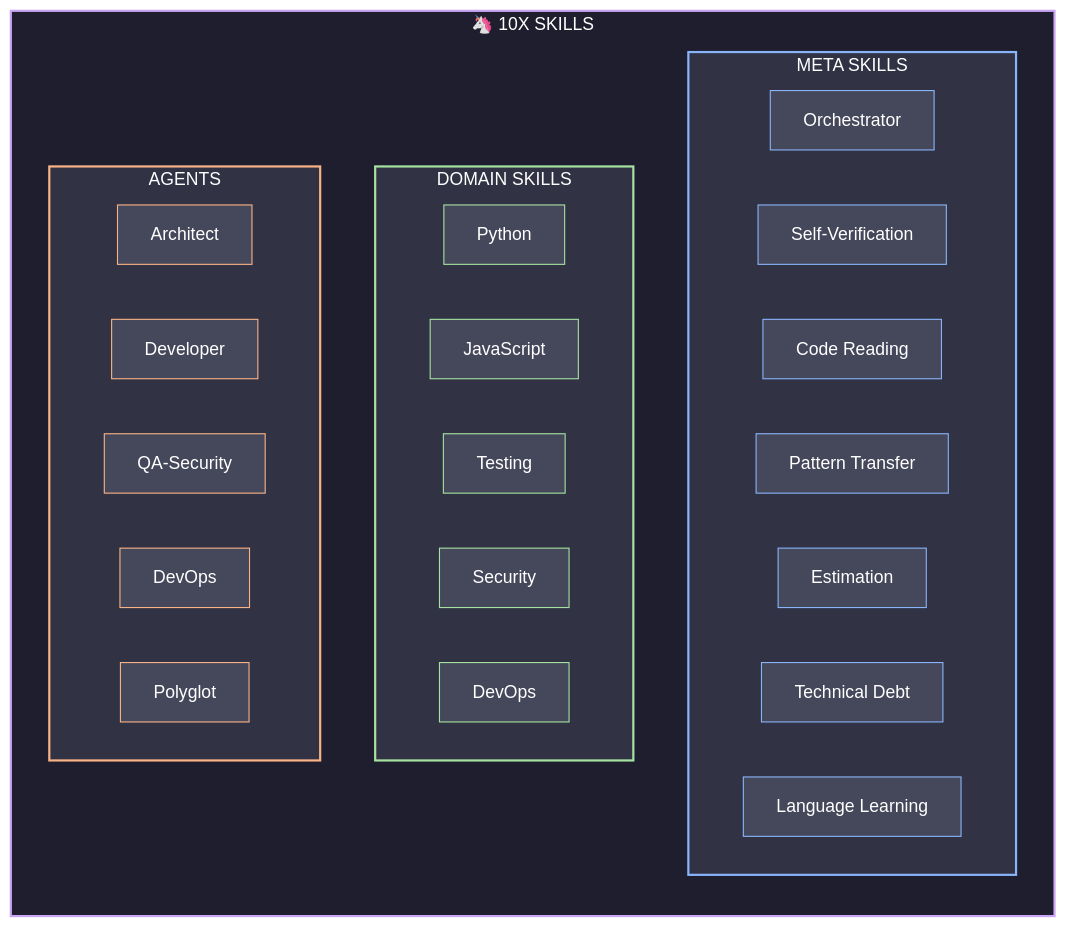
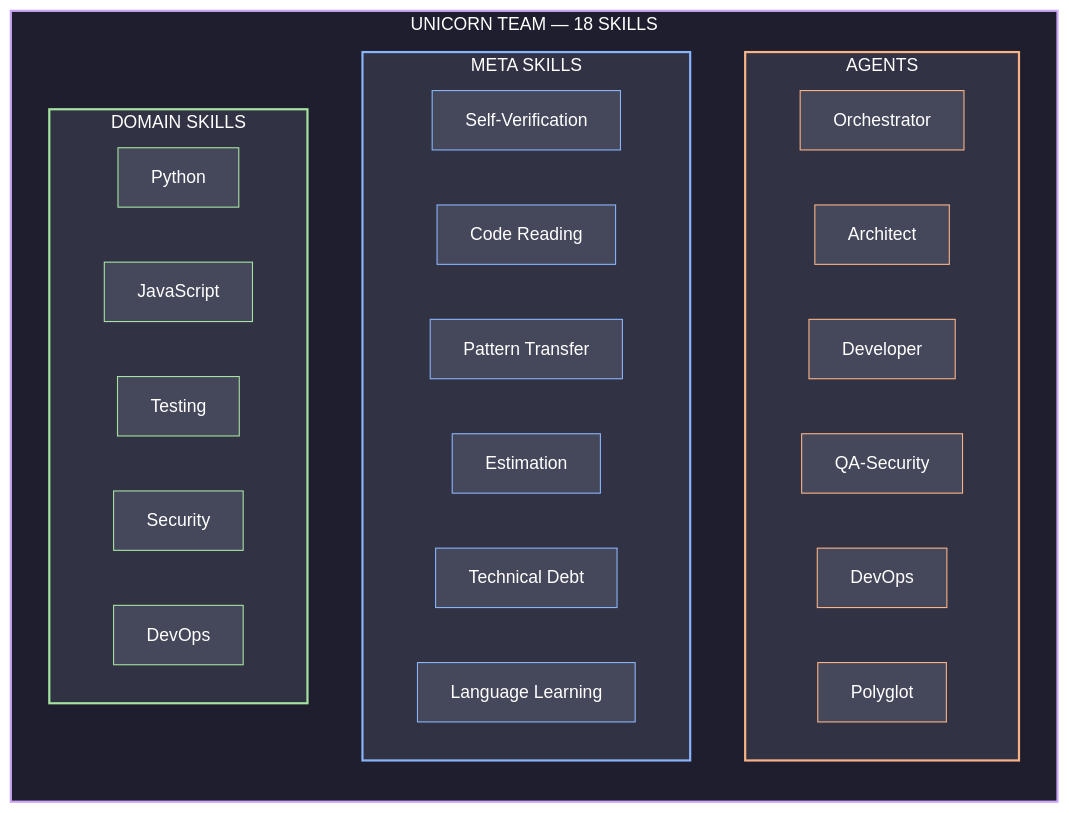
Before and after one commit to LocalAI/unicorn-team: the third of 6 diagrams in README.md, drawn with Mermaid. The commit also changed other lines of this file, not shown here.

First line of the commit message:
docs(readme): Complete rewrite reflecting current architecture

````diff
--- a/README.md
+++ b/README.md
@@ -176,54 +154,54 @@
 ```mermaid
 flowchart TB
-    subgraph root["🦄 10X SKILLS"]
+    subgraph root["UNICORN TEAM — 18 SKILLS"]
         direction TB
+        subgraph agents["AGENTS"]
+            A1["Orchestrator"]
+            A2["Architect"]
+            A3["Developer"]
+            A4["QA-Security"]
+            A5["DevOps"]
+            A6["Polyglot"]
+        end
         subgraph meta["META SKILLS"]
-            M1[Orchestrator]
-            M2[Self-Verification]
-            M3[Code Reading]
-            M4[Pattern Transfer]
-            M5[Estimation]
-            M6[Technical Debt]
-            M7[Language Learning]
+            M1["Self-Verification"]
+            M2["Code Reading"]
+            M3["Pattern Transfer"]
+            M4["Estimation"]
+            M5["Technical Debt"]
+            M6["Language Learning"]
         end
         subgraph domain["DOMAIN SKILLS"]
-            D1[Python]
-            D2[JavaScript]
-            D3[Testing]
-            D4[Security]
-            D5[DevOps]
-        end
-        subgraph agents["AGENTS"]
-            A1[Architect]
-            A2[Developer]
-            A3[QA-Security]
-            A4[DevOps]
-            A5[Polyglot]
+            D1["Python"]
+            D2["JavaScript"]
+            D3["Testing"]
+            D4["Security"]
+            D5["DevOps"]
         end
     end
 
     style root fill:#1e1e2e,stroke:#cba6f7,stroke-width:2px,color:#ffffff
+    style agents fill:#313244,stroke:#fab387,stroke-width:2px,color:#ffffff
     style meta fill:#313244,stroke:#89b4fa,stroke-width:2px,color:#ffffff
     style domain fill:#313244,stroke:#a6e3a1,stroke-width:2px,color:#ffffff
-    style agents fill:#313244,stroke:#fab387,stroke-width:2px,color:#ffffff
+
+    style A1 fill:#45475a,stroke:#fab387,color:#ffffff
+    style A2 fill:#45475a,stroke:#fab387,color:#ffffff
+    style A3 fill:#45475a,stroke:#fab387,color:#ffffff
+    style A4 fill:#45475a,stroke:#fab387,color:#ffffff
+    style A5 fill:#45475a,stroke:#fab387,color:#ffffff
+    style A6 fill:#45475a,stroke:#fab387,color:#ffffff
 
     style M1 fill:#45475a,stroke:#89b4fa,color:#ffffff
     style M2 fill:#45475a,stroke:#89b4fa,color:#ffffff
     style M3 fill:#45475a,stroke:#89b4fa,color:#ffffff
     style M4 fill:#45475a,stroke:#89b4fa,color:#ffffff
     style M5 fill:#45475a,stroke:#89b4fa,color:#ffffff
     style M6 fill:#45475a,stroke:#89b4fa,color:#ffffff
-    style M7 fill:#45475a,stroke:#89b4fa,color:#ffffff
 
     style D1 fill:#45475a,stroke:#a6e3a1,color:#ffffff
     style D2 fill:#45475a,stroke:#a6e3a1,color:#ffffff
     style D3 fill:#45475a,stroke:#a6e3a1,color:#ffffff
     style D4 fill:#45475a,stroke:#a6e3a1,color:#ffffff
     style D5 fill:#45475a,stroke:#a6e3a1,color:#ffffff
-
-    style A1 fill:#45475a,stroke:#fab387,color:#ffffff
-    style A2 fill:#45475a,stroke:#fab387,color:#ffffff
-    style A3 fill:#45475a,stroke:#fab387,color:#ffffff
-    style A4 fill:#45475a,stroke:#fab387,color:#ffffff
-    style A5 fill:#45475a,stroke:#fab387,color:#ffffff
 ```
````
